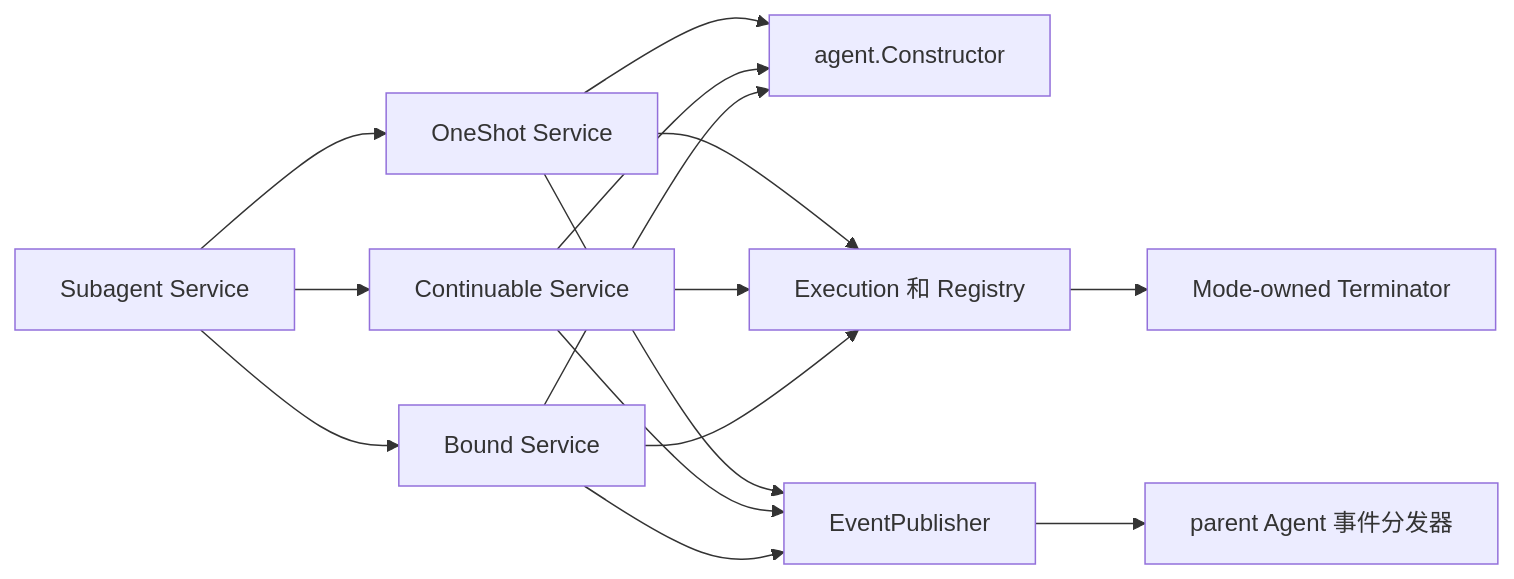
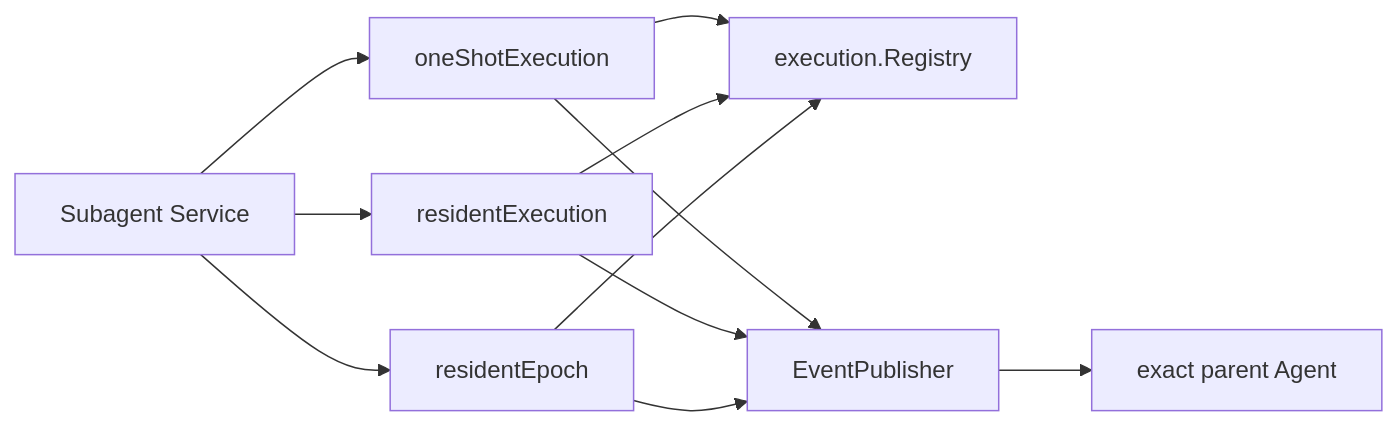
The second of 2 diagrams in subagent/internal/execution/README.zh-CN.md (gorenx/goren), drawn with Mermaid before and after one commit. The commit also changed other lines of this file and 29 other files, not shown here.

````diff
--- a/subagent/internal/execution/README.zh-CN.md
+++ b/subagent/internal/execution/README.zh-CN.md
@@ -141,17 +90,13 @@
 ```mermaid
 flowchart LR
-    Service[Subagent Service] --> OneShot[OneShot Service]
-    Service --> Continuable[Continuable Service]
-    Service --> Bound[Bound Service]
-    OneShot --> Constructor[agent.Constructor]
-    Continuable --> Constructor
-    Bound --> Constructor
-    OneShot --> Execution[Execution 和 Registry]
-    Continuable --> Execution
-    Bound --> Execution
-    Execution --> Terminator[Mode-owned Terminator]
+    Service[Subagent Service] --> OneShot[oneShotExecution]
+    Service --> Continuable[residentExecution]
+    Service --> Bound[residentEpoch]
+    OneShot --> Index[execution.Registry]
+    Continuable --> Index
+    Bound --> Index
     OneShot --> Publisher[EventPublisher]
     Continuable --> Publisher
     Bound --> Publisher
-    Publisher --> Parent[parent Agent 事件分发器]
+    Publisher --> Parent[exact parent Agent]
 ```
````
